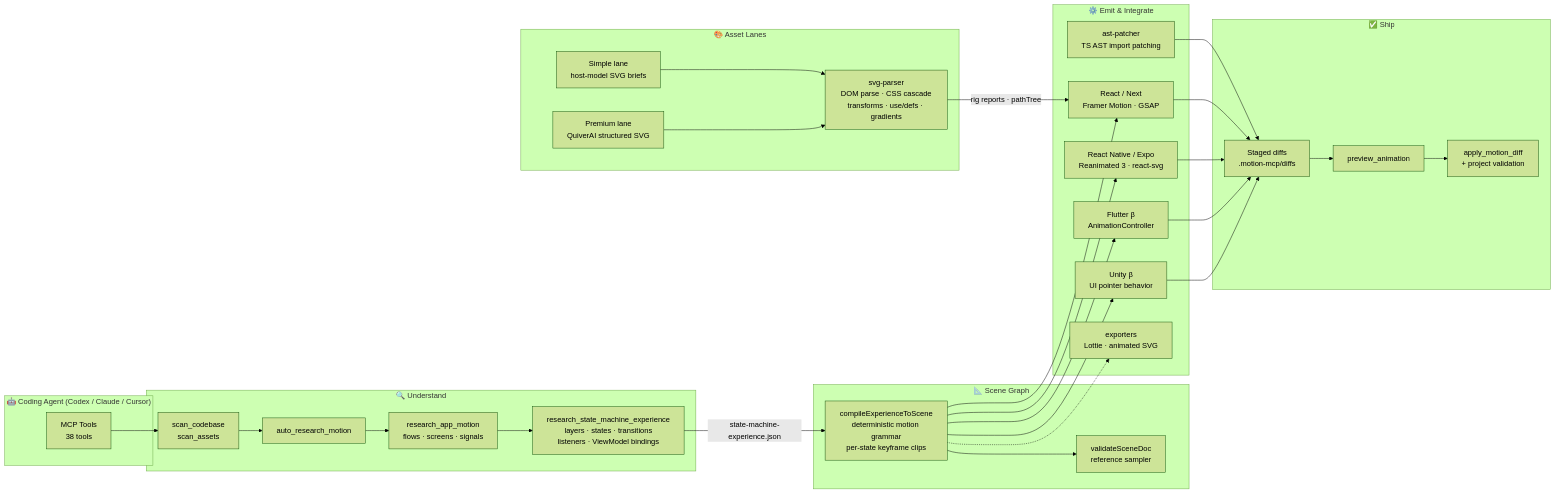
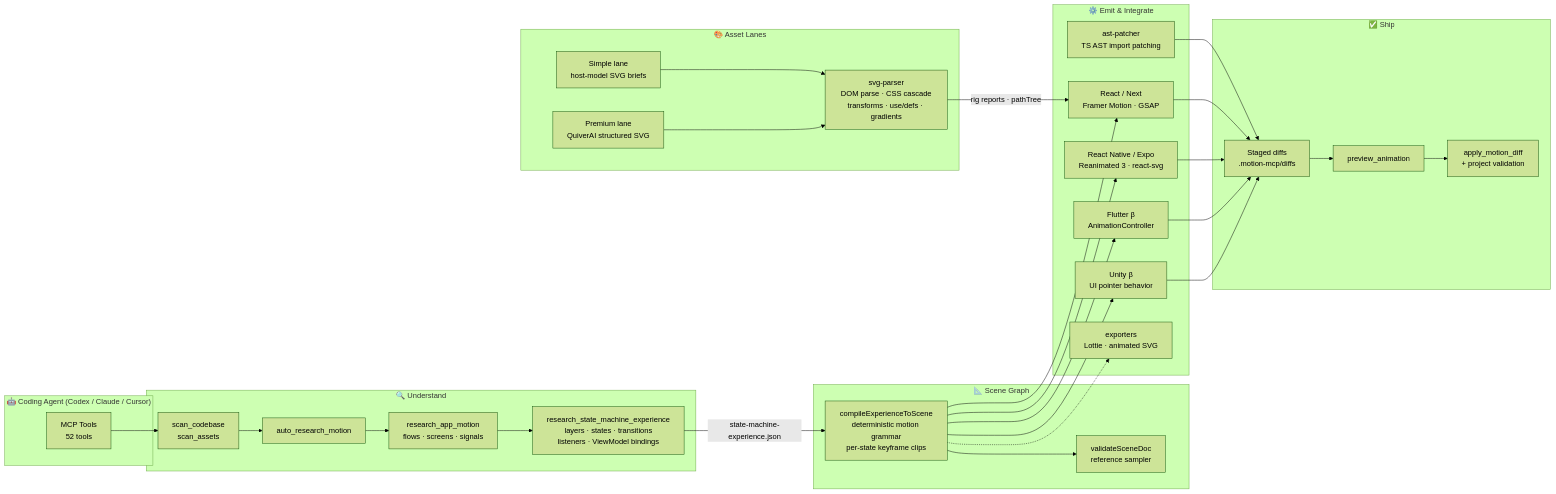
The first of 2 diagrams in README.md (itsoumya-d/motion-mcp), drawn with Mermaid (forest theme) before and after one commit. The commit also changed other lines of this file, not shown here.

````diff
--- a/README.md
+++ b/README.md
@@ -64,50 +87,50 @@
 ```mermaid
 flowchart LR
     subgraph AGENT["🤖 Coding Agent (Codex / Claude / Cursor)"]
-        T["MCP Tools<br/>38 tools"]
+        T["MCP Tools<br/>52 tools"]
     end
 
     subgraph RESEARCH["🔍 Understand"]
         S["scan_codebase<br/>scan_assets"] --> R1["auto_research_motion"]
         R1 --> R2["research_app_motion<br/>flows · screens · signals"]
         R2 --> R3["research_state_machine_experience<br/>layers · states · transitions<br/>listeners · ViewModel bindings"]
     end
 
     subgraph ASSETS["🎨 Asset Lanes"]
         A1["Simple lane<br/>host-model SVG briefs"]
         A2["Premium lane<br/>QuiverAI structured SVG"]
         A3["svg-parser<br/>DOM parse · CSS cascade<br/>transforms · use/defs · gradients"]
         A1 --> A3
         A2 --> A3
     end
 
     subgraph SCENE["📐 Scene Graph"]
         SG["compileExperienceToScene<br/>deterministic motion grammar<br/>per-state keyframe clips"]
         V["validateSceneDoc<br/>reference sampler"]
         SG --> V
     end
 
     subgraph EMIT["⚙️ Emit & Integrate"]
         E1["React / Next<br/>Framer Motion · GSAP"]
         E2["React Native / Expo<br/>Reanimated 3 · react-svg"]
         E3["Flutter β<br/>AnimationController"]
         E4["Unity β<br/>UI pointer behavior"]
         P["ast-patcher<br/>TS AST import patching"]
         EX["exporters<br/>Lottie · animated SVG"]
     end
 
     subgraph SHIP["✅ Ship"]
         D["Staged diffs<br/>.motion-mcp/diffs"]
         PV["preview_animation"]
         AP["apply_motion_diff<br/>+ project validation"]
     end
 
     T --> S
     R3 -->|"state-machine-experience.json"| SG
     A3 -->|"rig reports · pathTree"| E1
     SG --> E1 & E2 & E3 & E4
     P --> D
     E1 & E2 & E3 & E4 --> D
     SG -.-> EX
     D --> PV --> AP
 ```
````
